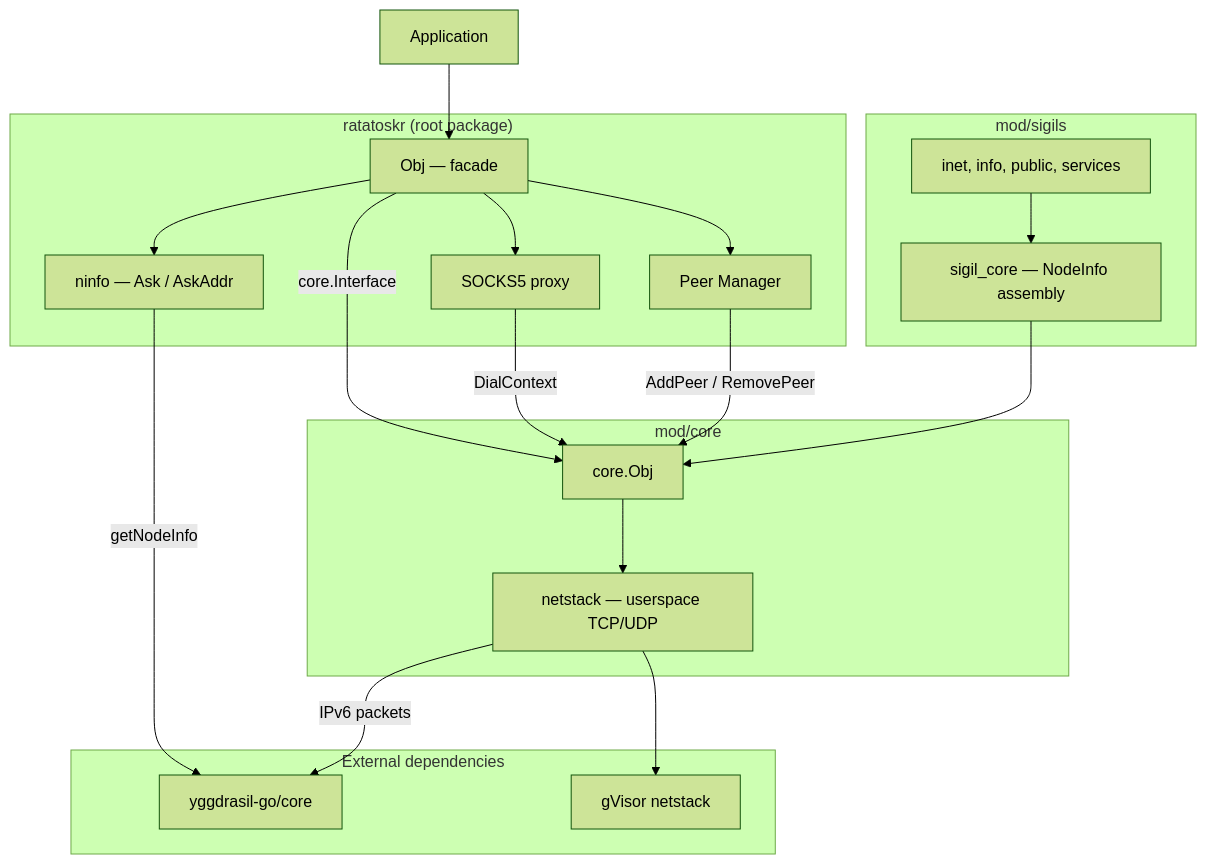
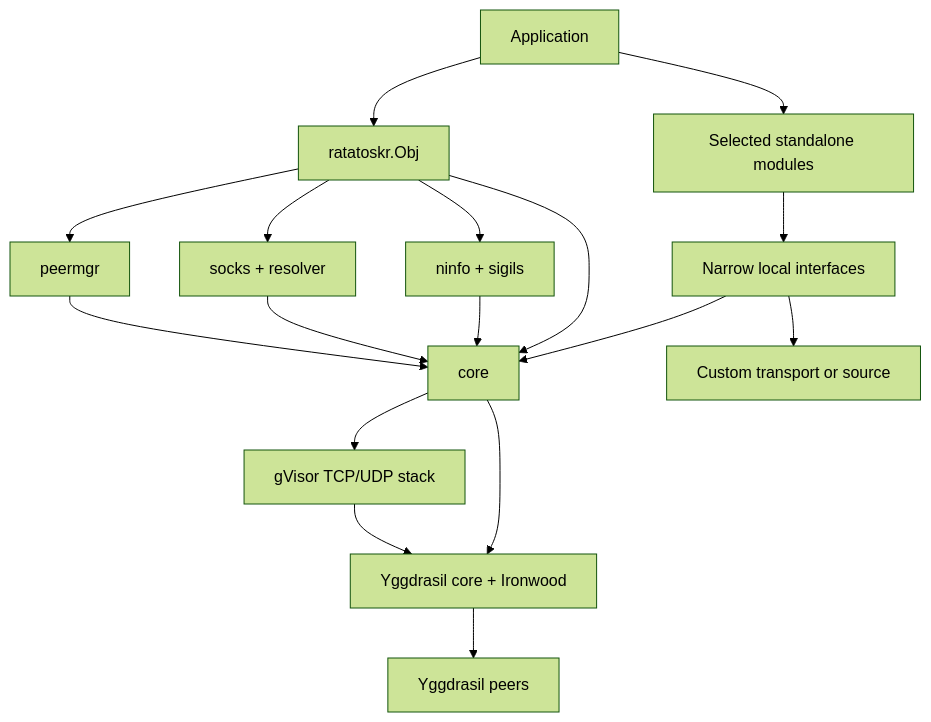
One commit to voluminor/ratatoskr changed the first of 2 diagrams in README.md. Above: the diagram before and after it, drawn with Mermaid (forest theme). The commit also changed other lines of this file and 273 other files, not shown here.

````diff
--- a/README.md
+++ b/README.md
@@ -125,40 +366,20 @@
 ```mermaid
 flowchart TB
-    App[Application]
-
-  subgraph ratatoskr["ratatoskr (root package)"]
-    Obj["Obj — facade"]
-    SOCKS["SOCKS5 proxy"]
-    PeerMgr["Peer Manager"]
-    NInfo["ninfo — Ask / AskAddr"]
-  end
-
-  subgraph core["mod/core"]
-    CoreObj["core.Obj"]
-    Netstack["netstack — userspace TCP/UDP"]
-  end
-
-  subgraph sigils["mod/sigils"]
-    SigilCore["sigil_core — NodeInfo assembly"]
-    Sigils["inet, info, public, services"]
-  end
-
-  subgraph external["External dependencies"]
-    YggCore["yggdrasil-go/core"]
-    gVisor["gVisor netstack"]
-  end
-
-  App --> Obj
-  Obj -->|" core.Interface "| CoreObj
-  Obj --> SOCKS
-  Obj --> PeerMgr
-  Obj --> NInfo
-  NInfo -->|" getNodeInfo "| YggCore
-  SOCKS -->|" DialContext "| CoreObj
-  PeerMgr -->|" AddPeer / RemovePeer "| CoreObj
-  SigilCore --> CoreObj
-  Sigils --> SigilCore
-  CoreObj --> Netstack
-  Netstack --> gVisor
-  Netstack -->|" IPv6 packets "| YggCore
+  Application["Application"]
+  Application --> Root["ratatoskr.Obj"]
+  Application --> Standalone["Selected standalone modules"]
+  Root --> PeerManager["peermgr"]
+  Root --> SOCKS["socks + resolver"]
+  Root --> NodeInfo["ninfo + sigils"]
+  Root --> Core["core"]
+  Standalone --> Narrow["Narrow local interfaces"]
+  Narrow --> Core
+  Narrow --> Custom["Custom transport or source"]
+  PeerManager --> Core
+  SOCKS --> Core
+  NodeInfo --> Core
+  Core --> Netstack["gVisor TCP/UDP stack"]
+  Core --> Yggdrasil["Yggdrasil core + Ironwood"]
+  Netstack --> Yggdrasil
+  Yggdrasil --> Peers["Yggdrasil peers"]
 ```
````
